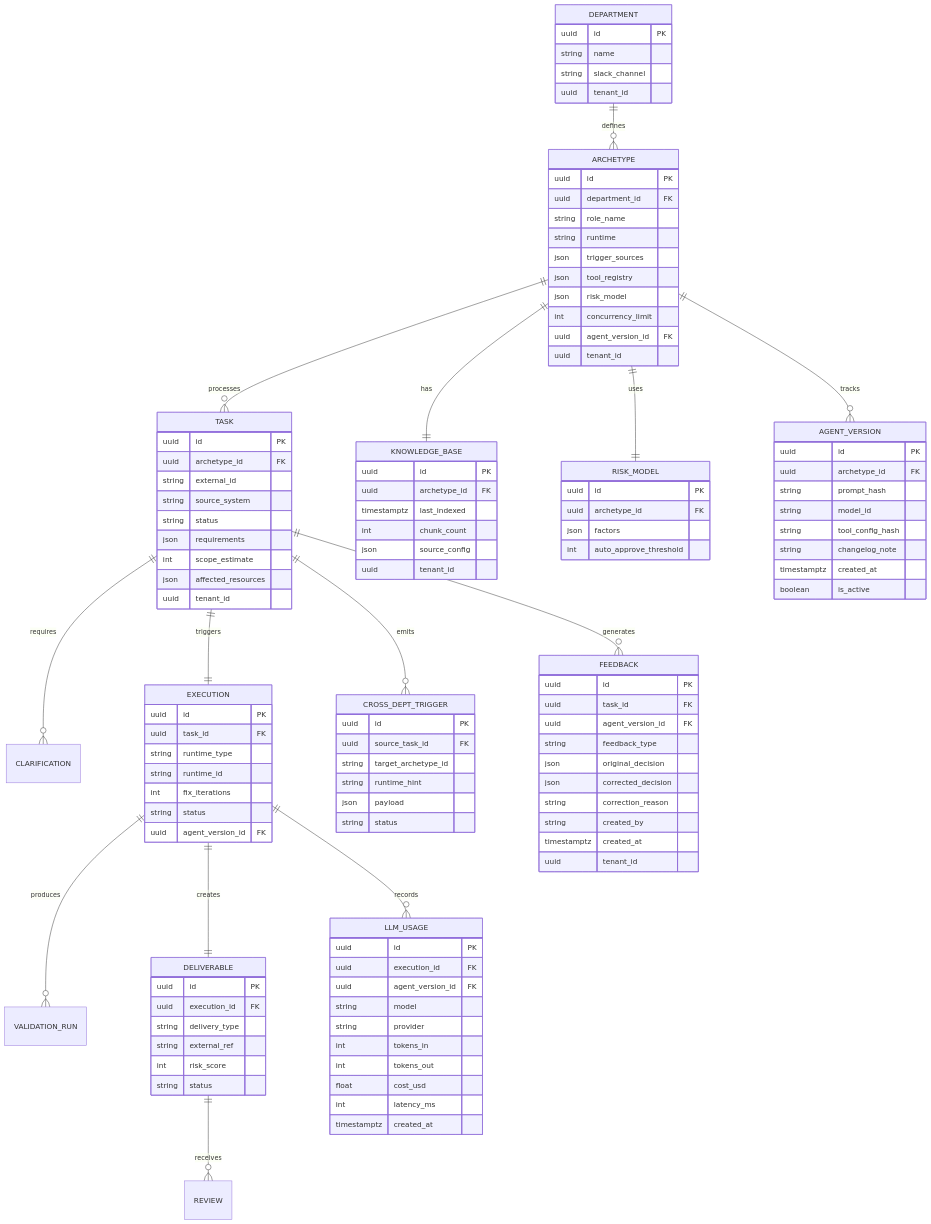
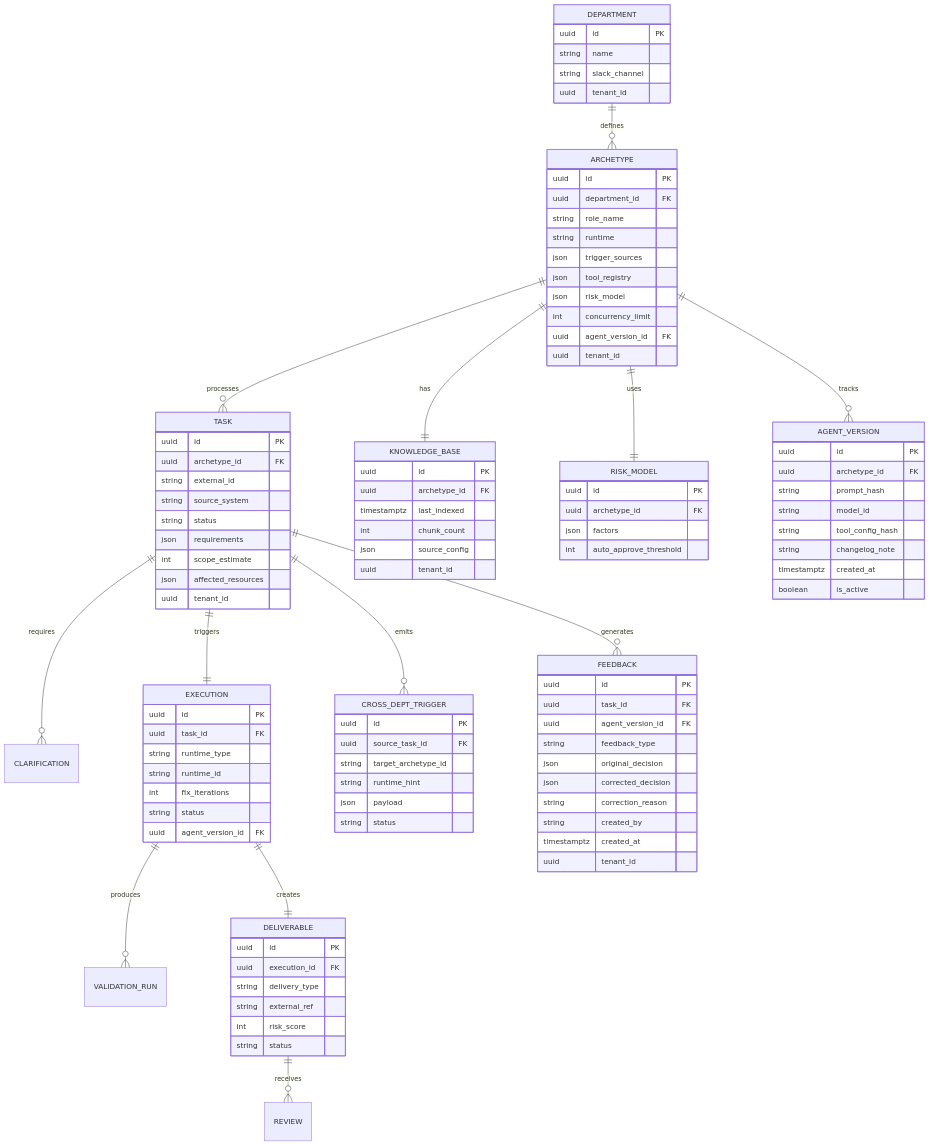
Before and after one commit to viiqswim/dozaldevs-ai-employee: diagram 12 of 15 in docs/2026-03-22-2317-ai-employee-architecture.md, drawn with Mermaid. The commit also changed other lines of this file, not shown here.

```diff
--- a/docs/2026-03-22-2317-ai-employee-architecture.md
+++ b/docs/2026-03-22-2317-ai-employee-architecture.md
@@ -1170,7 +1171,6 @@
     DELIVERABLE ||--o{ REVIEW : receives
     TASK ||--o{ CROSS_DEPT_TRIGGER : emits
     TASK ||--o{ FEEDBACK : generates
-    EXECUTION ||--o{ LLM_USAGE : records
     ARCHETYPE ||--o{ AGENT_VERSION : tracks
 
     DEPARTMENT {
@@ -1241,18 +1241,6 @@
         timestamptz created_at
         boolean is_active
     }
-    LLM_USAGE {
-        uuid id PK
-        uuid execution_id FK
-        uuid agent_version_id FK
-        string model
-        string provider
-        int tokens_in
-        int tokens_out
-        float cost_usd
-        int latency_ms
-        timestamptz created_at
-    }
     KNOWLEDGE_BASE {
         uuid id PK
         uuid archetype_id FK
```
